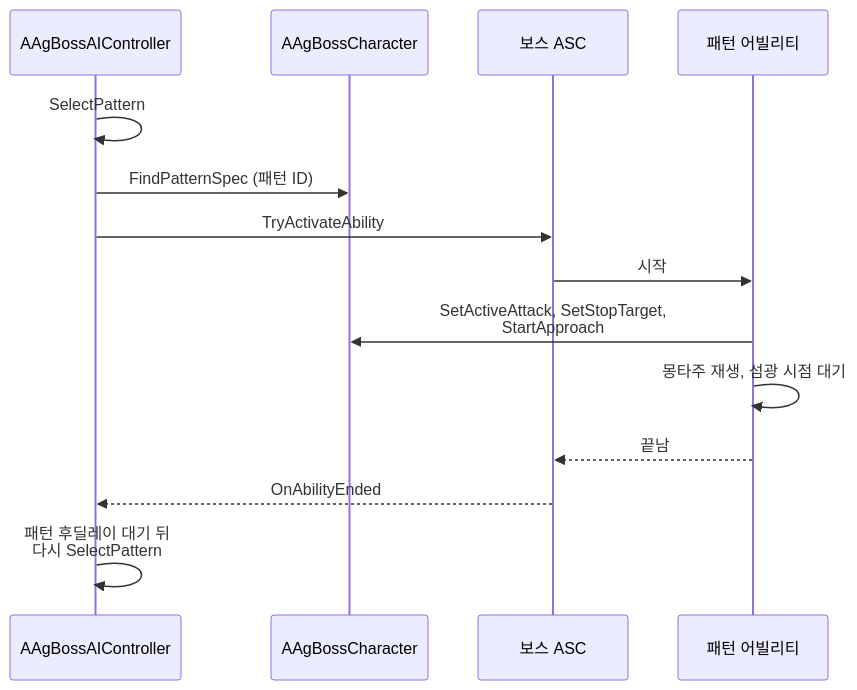
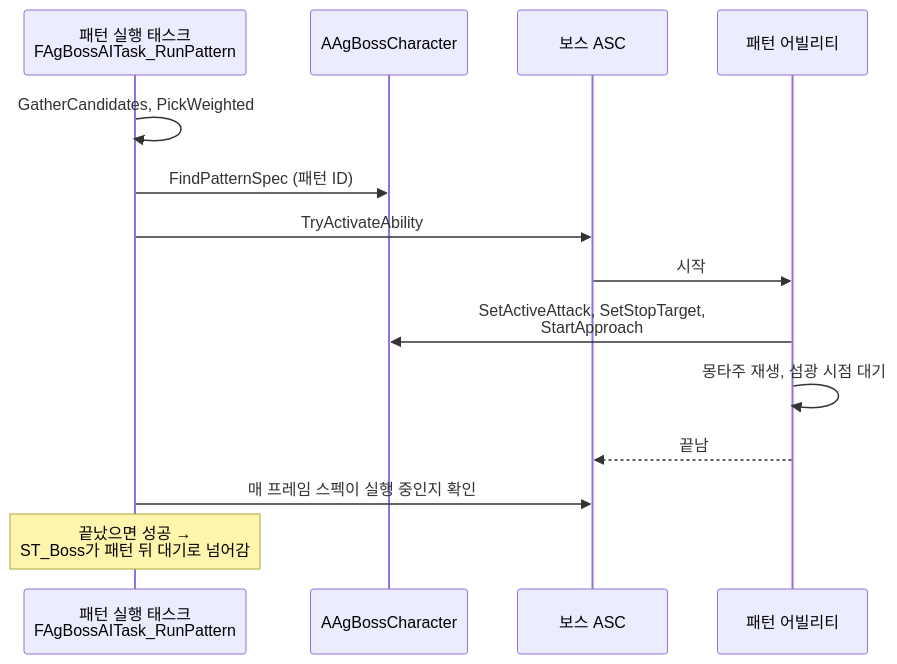
Before and after one commit to Woogl/Ag: diagram 19 of 20 in Docs/Program/클래스 구조도.md, drawn with Mermaid. The commit also changed other lines of this file and 16 other files, not shown here.

````diff
--- a/Docs/Program/클래스 구조도.md
+++ b/Docs/Program/클래스 구조도.md
@@ -602,16 +657,16 @@
 ```mermaid
 sequenceDiagram
-    participant AI as AAgBossAIController
+    participant T as 패턴 실행 태스크<br>FAgBossAITask_RunPattern
     participant B as AAgBossCharacter
     participant ASC as 보스 ASC
     participant GA as 패턴 어빌리티
-    AI->>AI: SelectPattern
-    AI->>B: FindPatternSpec (패턴 ID)
-    AI->>ASC: TryActivateAbility
+    T->>T: GatherCandidates, PickWeighted
+    T->>B: FindPatternSpec (패턴 ID)
+    T->>ASC: TryActivateAbility
     ASC->>GA: 시작
     GA->>B: SetActiveAttack, SetStopTarget,<br>StartApproach
     GA->>GA: 몽타주 재생, 섬광 시점 대기
     GA-->>ASC: 끝남
-    ASC-->>AI: OnAbilityEnded
-    AI->>AI: 패턴 후딜레이 대기 뒤<br>다시 SelectPattern
+    T->>ASC: 매 프레임 스펙이 실행 중인지 확인
+    Note over T: 끝났으면 성공 →<br>ST_Boss가 패턴 뒤 대기로 넘어감
 ```
````
